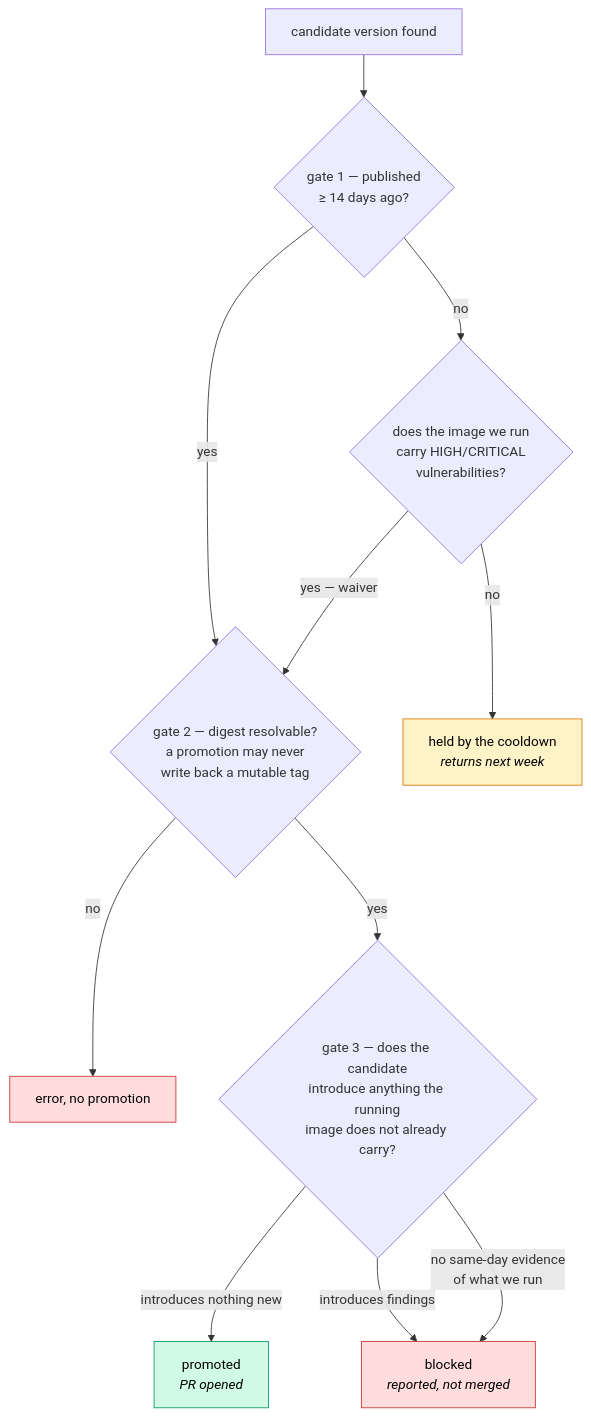
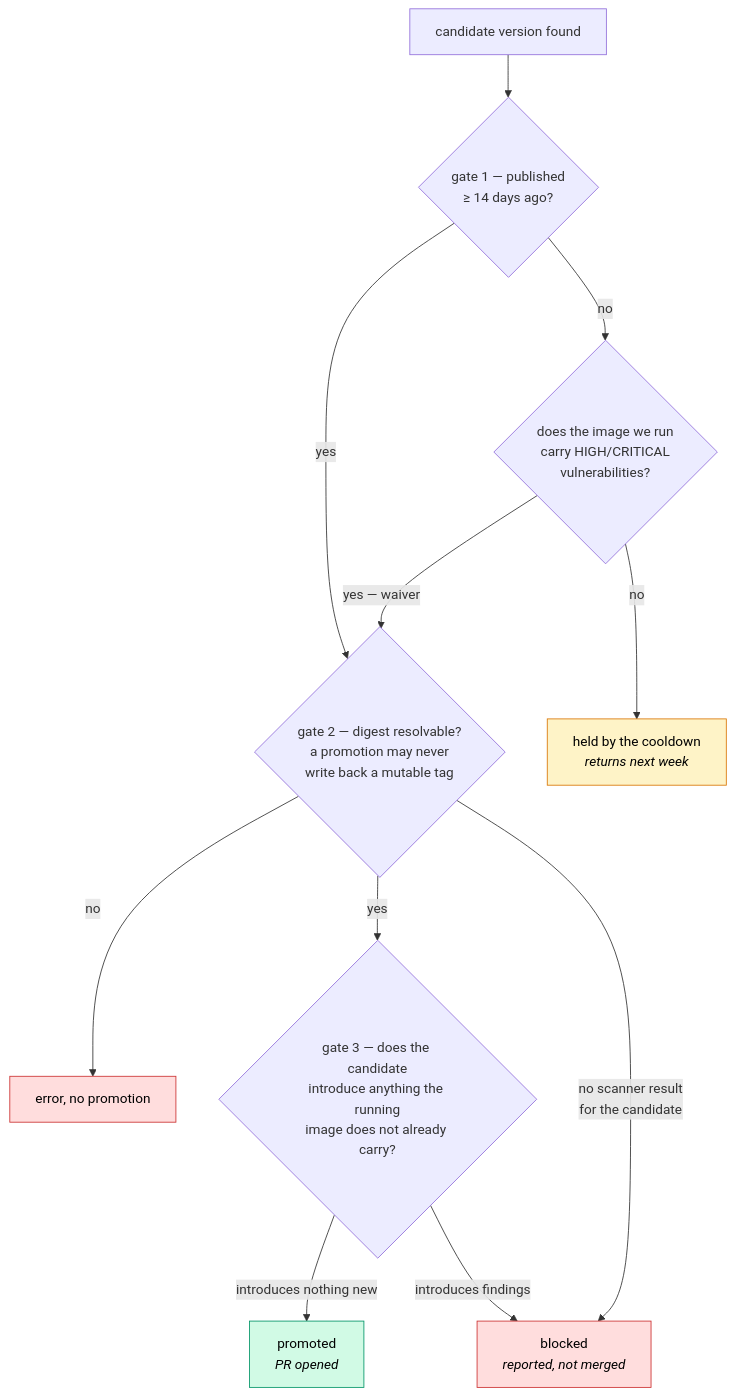
Before and after one commit to cidx-org/cidx: the third of 5 diagrams in docs/core-concepts/image-supply-chain.md, drawn with Mermaid. The commit also changed other lines of this file and 4 other files, not shown here.

````diff
--- a/docs/core-concepts/image-supply-chain.md
+++ b/docs/core-concepts/image-supply-chain.md
@@ -79,25 +79,26 @@
 ```mermaid
 flowchart TD
     C["candidate version found"]
 
     C --> G1{"gate 1 — published<br/>≥ 14 days ago?"}
     G1 -->|yes| G2
     G1 -->|no| W{"does the image we run<br/>carry HIGH/CRITICAL<br/>vulnerabilities?"}
     W -->|"yes — waiver"| G2
     W -->|no| HOLD["held by the cooldown<br/><i>returns next week</i>"]
 
     G2{"gate 2 — digest resolvable?<br/>a promotion may never<br/>write back a mutable tag"} -->|no| ERR["error, no promotion"]
     G2 -->|yes| G3
 
+    G2 -->|"no scanner result<br/>for the candidate"| BLOCK
+
     G3{"gate 3 — does the candidate<br/>introduce anything the running<br/>image does not already carry?"}
     G3 -->|"introduces nothing new"| PROMOTE["promoted<br/><i>PR opened</i>"]
     G3 -->|"introduces findings"| BLOCK["blocked<br/><i>reported, not merged</i>"]
-    G3 -->|"no same-day evidence<br/>of what we run"| BLOCK
 
     classDef bad fill:#fdd,stroke:#c33,color:#000
     classDef warn fill:#fef3c7,stroke:#d97706,color:#000
     classDef good fill:#d1fae5,stroke:#059669,color:#000
     class ERR,BLOCK bad
     class HOLD warn
     class PROMOTE good
 ```
````
